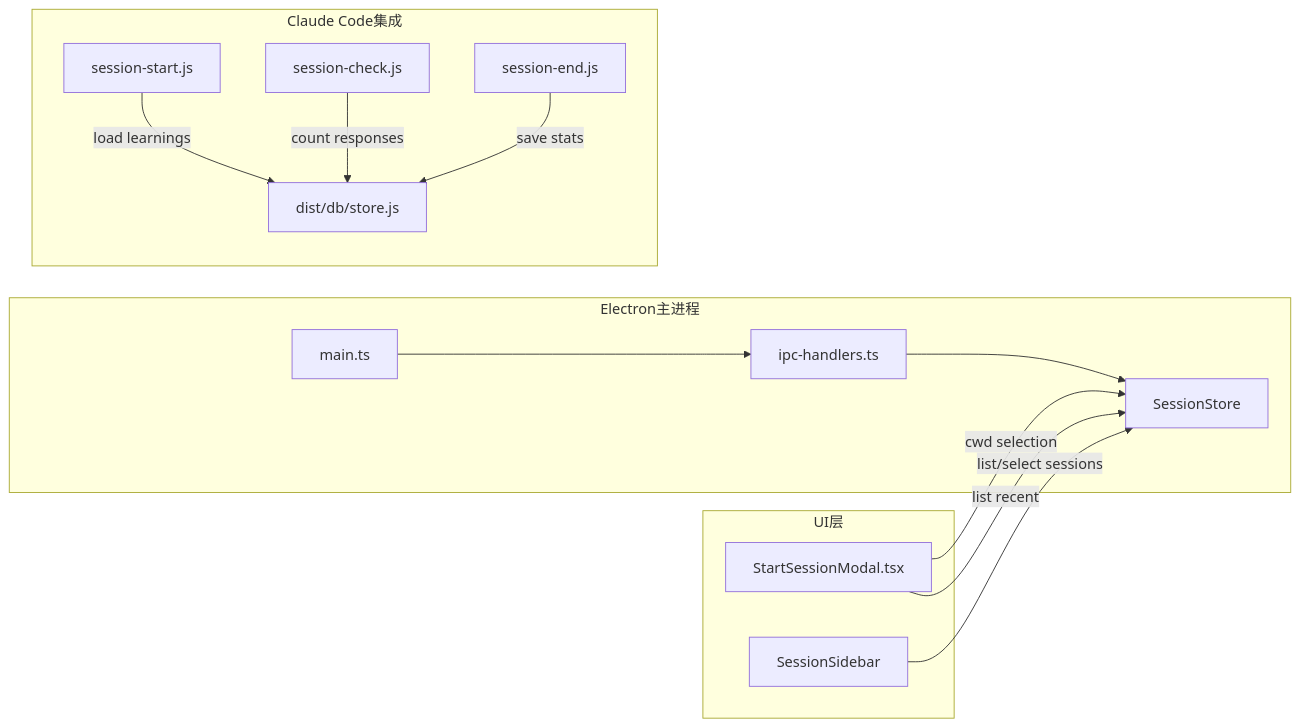
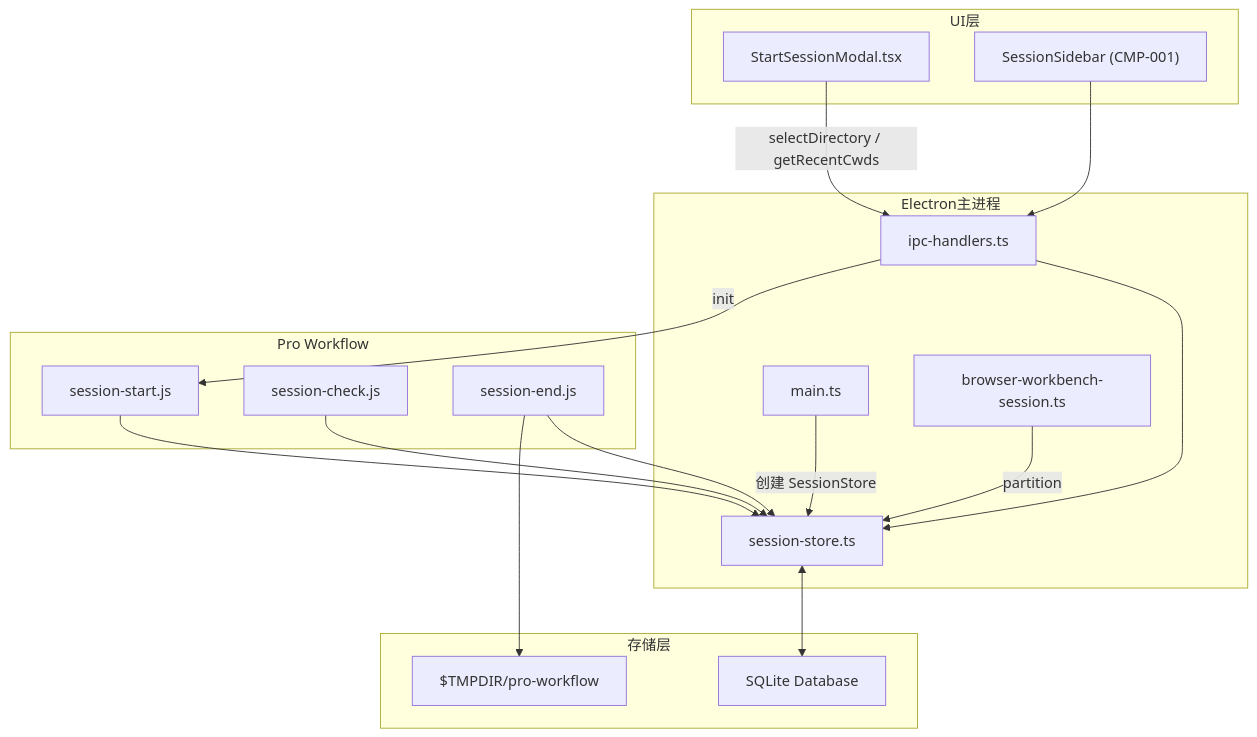
One commit to lst016/tech-cc-hub changed the first of 2 diagrams in .tech/repowiki/zh/content/核心模块规格/会话与历史系统总览.md. Above: the diagram before and after it, drawn with Mermaid. The commit also changed other lines of this file and 176 other files, not shown here.

````diff
--- a/.tech/repowiki/zh/content/核心模块规格/会话与历史系统总览.md
+++ b/.tech/repowiki/zh/content/核心模块规格/会话与历史系统总览.md
@@ -176,29 +59,37 @@
 ```mermaid
-flowchart LR
+flowchart TB
+    subgraph UI层
+        Modal["StartSessionModal.tsx"]
+        Sidebar["SessionSidebar (CMP-001)"]
+    end
+
     subgraph Electron主进程
-        SS[SessionStore]
-        IPC[ipc-handlers.ts]
-        MAIN[main.ts]
+        Main["main.ts"]
+        Handlers["ipc-handlers.ts"]
+        Store["session-store.ts"]
+        BrowserSession["browser-workbench-session.ts"]
     end
-    
-    subgraph UI层
-        SSM[StartSessionModal.tsx]
-        SIDEBAR[SessionSidebar]
+
+    subgraph Pro Workflow
+        StartHook["session-start.js"]
+        CheckHook["session-check.js"]
+        EndHook["session-end.js"]
     end
-    
-    subgraph Claude Code集成
-        START_HOOK[session-start.js]
-        CHECK_HOOK[session-check.js]
-        END_HOOK[session-end.js]
-        STORE_PROC[dist/db/store.js]
+
+    subgraph 存储层
+        SQLite["SQLite Database"]
+        TempFiles["$TMPDIR/pro-workflow"]
     end
-    
-    MAIN --> IPC
-    IPC --> SS
-    SSM -->|cwd selection| SS
-    SSM -->|list recent| SS
-    SIDEBAR -->|list/select sessions| SS
-    START_HOOK -->|load learnings| STORE_PROC
-    CHECK_HOOK -->|count responses| STORE_PROC
-    END_HOOK -->|save stats| STORE_PROC
+
+    Modal -->|selectDirectory / getRecentCwds| Handlers
+    Sidebar --> Handlers
+    Handlers --> Store
+    Store <--> SQLite
+    Handlers --> |init| StartHook
+    StartHook --> Store
+    CheckHook --> Store
+    EndHook --> Store
+    EndHook --> TempFiles
+    Main --> |创建 SessionStore| Store
+    BrowserSession --> |partition| Store
 ```
````
